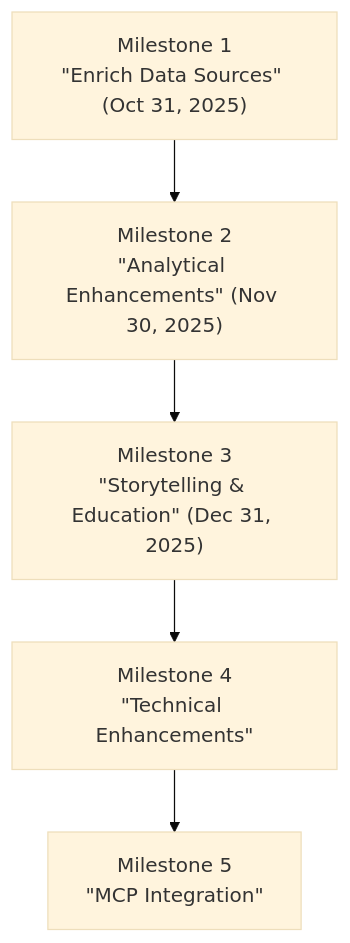
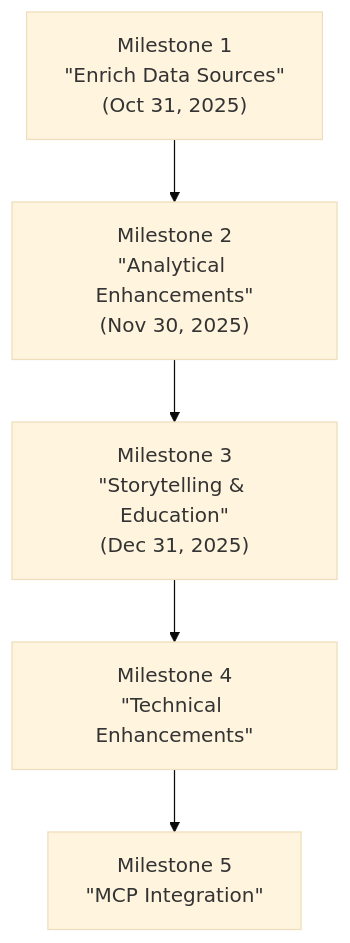
Before and after one commit to bartytime4life/Kansas-Frontier-Matrix: the diagram in ROADMAP.md, drawn with Mermaid (base theme). The commit also changed other lines of this file, not shown here.

First line of the commit message:
Refine language and structure in ROADMAP.md

`````diff
--- a/ROADMAP.md
+++ b/ROADMAP.md
@@ -20,7 +35,7 @@
 ```mermaid
 flowchart TD
-  M1["Milestone 1\n&quot;Enrich Data Sources&quot; (Oct 31, 2025)"] --> M2["Milestone 2\n&quot;Analytical Enhancements&quot; (Nov 30, 2025)"]
-  M2 --> M3["Milestone 3\n&quot;Storytelling &amp; Education&quot; (Dec 31, 2025)"]
+  M1["Milestone 1\n&quot;Enrich Data Sources&quot;\n(Oct 31, 2025)"] --> M2["Milestone 2\n&quot;Analytical Enhancements&quot;\n(Nov 30, 2025)"]
+  M2 --> M3["Milestone 3\n&quot;Storytelling &amp; Education&quot;\n(Dec 31, 2025)"]
   M3 --> M4["Milestone 4\n&quot;Technical Enhancements&quot;"]
   M4 --> M5["Milestone 5\n&quot;MCP Integration&quot;"]
 ````
`````
